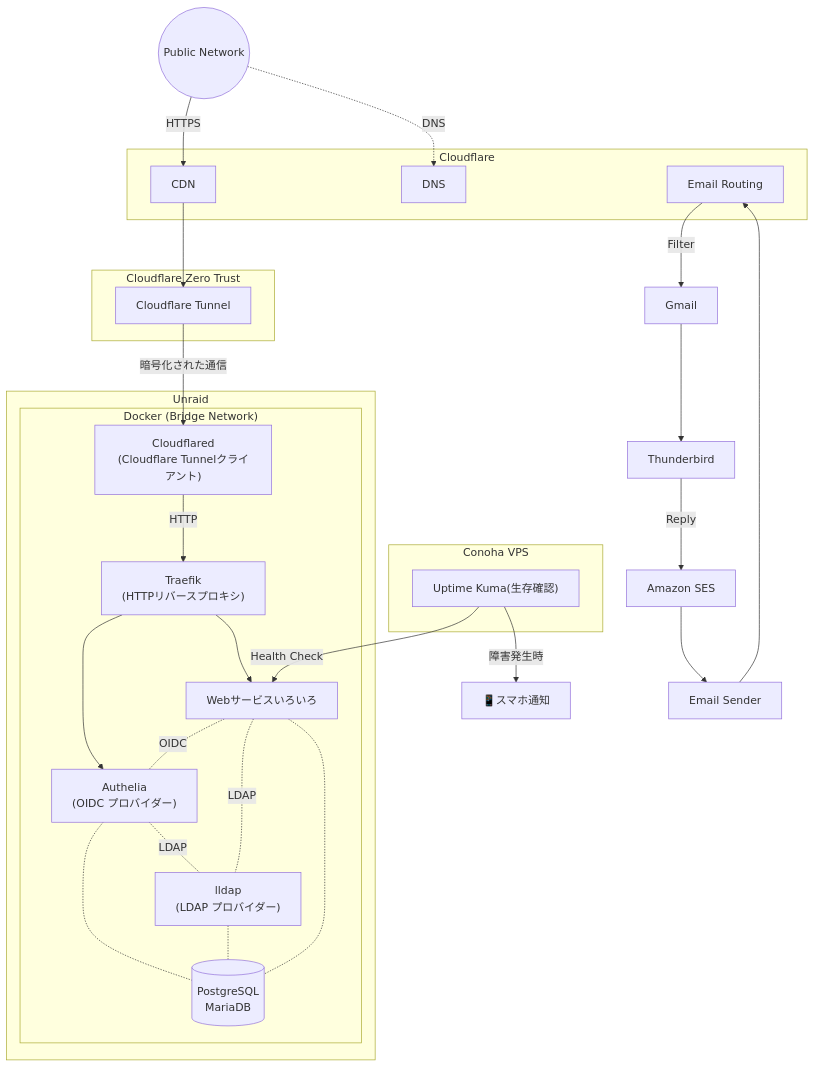
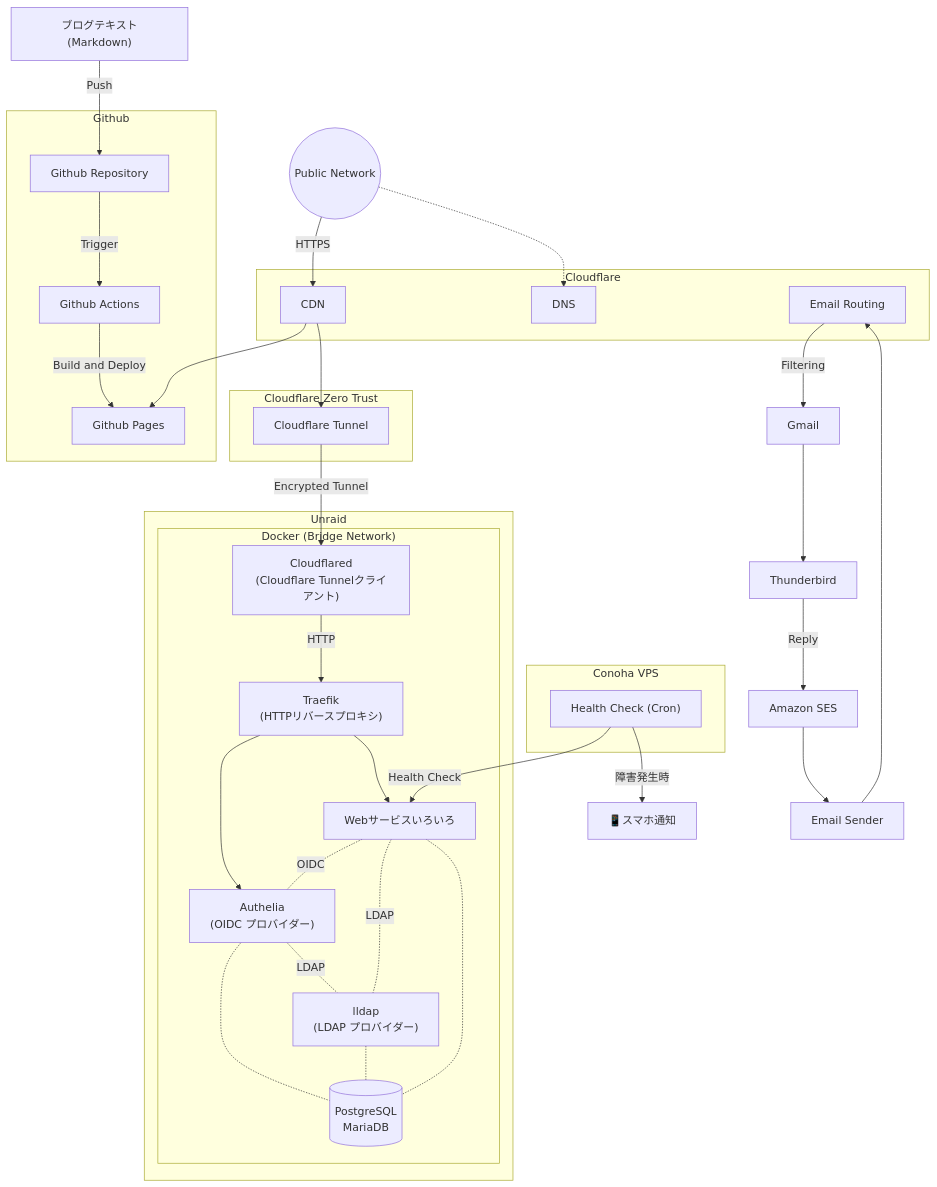
One commit to Insulinocytus/insulinocytus.github.io changed the diagram in _posts/2025-10-22-find-job.md. Above: the diagram before and after it, drawn with Mermaid.

Commit message:
update mermaid

````diff
--- a/_posts/2025-10-22-find-job.md
+++ b/_posts/2025-10-22-find-job.md
@@ -53,48 +53,57 @@
 ```mermaid
 flowchart TD
   subgraph Cloudflare
     EmailRouting["Email Routing"]
     DNS
     CDN
   end
   subgraph Cloudflare Zero Trust
     Tunnel[Cloudflare Tunnel]
   end
   subgraph Unraid
     subgraph UnraidDocker["Docker (Bridge Network)"]
     Cloudflared["Cloudflared<br>(Cloudflare Tunnelクライアント)"]
     Traefik["Traefik<br>(HTTPリバースプロキシ)"]
     Authelia["Authelia<br>(OIDC プロバイダー)"]
     lldap["lldap<br>(LDAP プロバイダー)"]
     WebServices["Webサービスいろいろ"]
     Database[("PostgreSQL<br>MariaDB")]
     Authelia -.-|LDAP| lldap
     Traefik --> Authelia
     Traefik --> WebServices
     WebServices -.-|OIDC| Authelia
     WebServices -.-|LDAP| lldap
     Authelia -.- Database
     lldap -.- Database
     WebServices -.- Database
     end
   end
   subgraph Conoha VPS
-    UptimeKuma["Uptime Kuma(生存確認)"]
+    UptimeKuma["Health Check (Cron)"]
   end
+  subgraph Github
+    Repository["Github Repository"]
+    GithubActions["Github Actions"]
+    GithubPages["Github Pages"]
+  end
+  Blog["ブログテキスト(Markdown)"]
   PublicNetwork((Public Network))
   Phone["📱スマホ通知"]
   Gmail
   EmailSender["Email Sender"]
   Thunderbird
   AWSSES["Amazon SES"]
 
   UptimeKuma -->|"障害発生時"| Phone
   UptimeKuma -->|"Health Check"| WebServices
   PublicNetwork -->|"HTTPS"| CDN
-  PublicNetwork -.->|"DNS"| DNS
+  PublicNetwork -.-> DNS
   CDN --> Tunnel
-  Tunnel -->|"暗号化された通信"| Cloudflared
+  Tunnel -->|"Encrypted Tunnel"| Cloudflared
   Cloudflared -->|"HTTP"| Traefik
   
-  EmailSender --> EmailRouting -->|"Filter"| Gmail --> Thunderbird -->|"Reply"| AWSSES --> EmailSender
+  EmailSender --> EmailRouting -->|"Filtering"| Gmail --> Thunderbird -->|"Reply"| AWSSES --> EmailSender
+
+  Blog -->|"Push"| Repository -->|"Trigger"| GithubActions -->|"Build and Deploy"| GithubPages
+  CDN --> GithubPages
 ```
````
